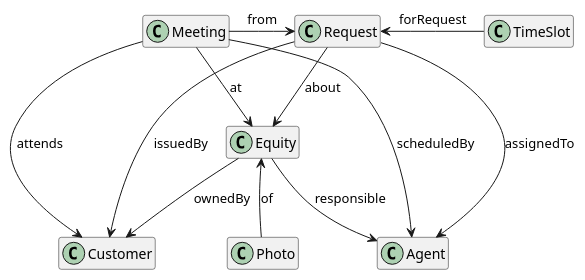
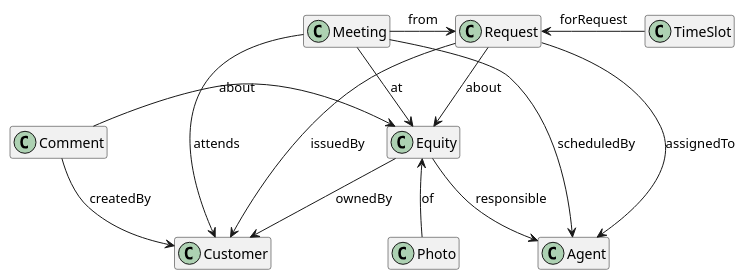
Before and after one commit to vantonov1/meet: the diagram in meet.puml, drawn with PlantUML. The commit also changed 19 other files, not shown here.

```diff
--- a/meet.puml
+++ b/meet.puml
@@ -1,25 +1,29 @@
 @startuml
 
 hide members
 class Equity 
 class Photo 
 class Agent 
 class Customer 
 class Request 
 class TimeSlot
+class Comment
 
 Equity <-- Photo: of
 Equity --> Customer : ownedBy
 Equity --> Agent : responsible
 
 Meeting --> Agent : scheduledBy
 Meeting --> Customer : attends
 Meeting --> Equity : at
 Meeting -> Request : from
 
 Request --> Equity : about
 Request --> Customer : issuedBy
 Request --> Agent : assignedTo
 Request <- TimeSlot : forRequest
 
+Comment -> Customer: createdBy
+Comment -> Equity : about
+
 @enduml
```
